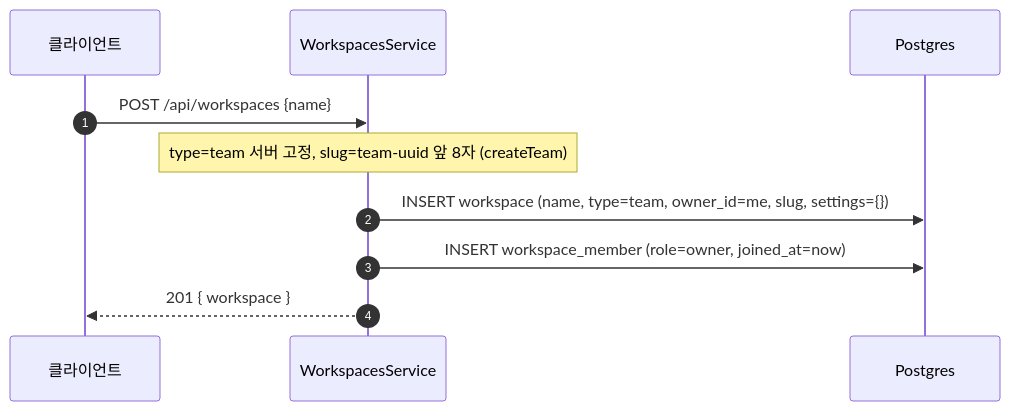
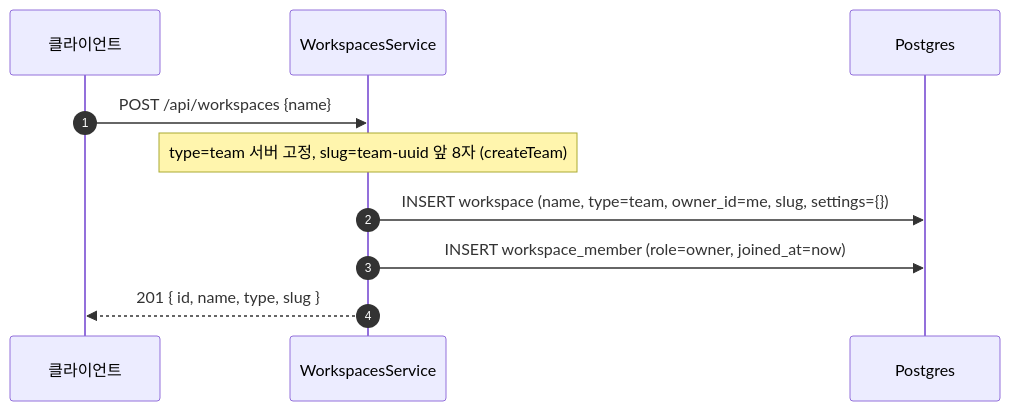
Before and after one commit to worker-ants/clemvion: the first of 6 diagrams in spec/CLE-ACCT/CLE-ACCT-DATA-WS.md, drawn with Mermaid. The commit also changed other lines of this file and 15 other files, not shown here.

````diff
--- a/spec/CLE-ACCT/CLE-ACCT-DATA-WS.md
+++ b/spec/CLE-ACCT/CLE-ACCT-DATA-WS.md
@@ -78,12 +80,12 @@
 ```mermaid
 sequenceDiagram
   autonumber
   participant C as 클라이언트
   participant Svc as WorkspacesService
   participant PG as Postgres
   C->>Svc: POST /api/workspaces {name}
   Note over Svc: type=team 서버 고정, slug=team-uuid 앞 8자 (createTeam)
   Svc->>PG: INSERT workspace (name, type=team, owner_id=me, slug, settings={})
   Svc->>PG: INSERT workspace_member (role=owner, joined_at=now)
-  Svc-->>C: 201 { workspace }
+  Svc-->>C: 201 { id, name, type, slug }
 ```
````
